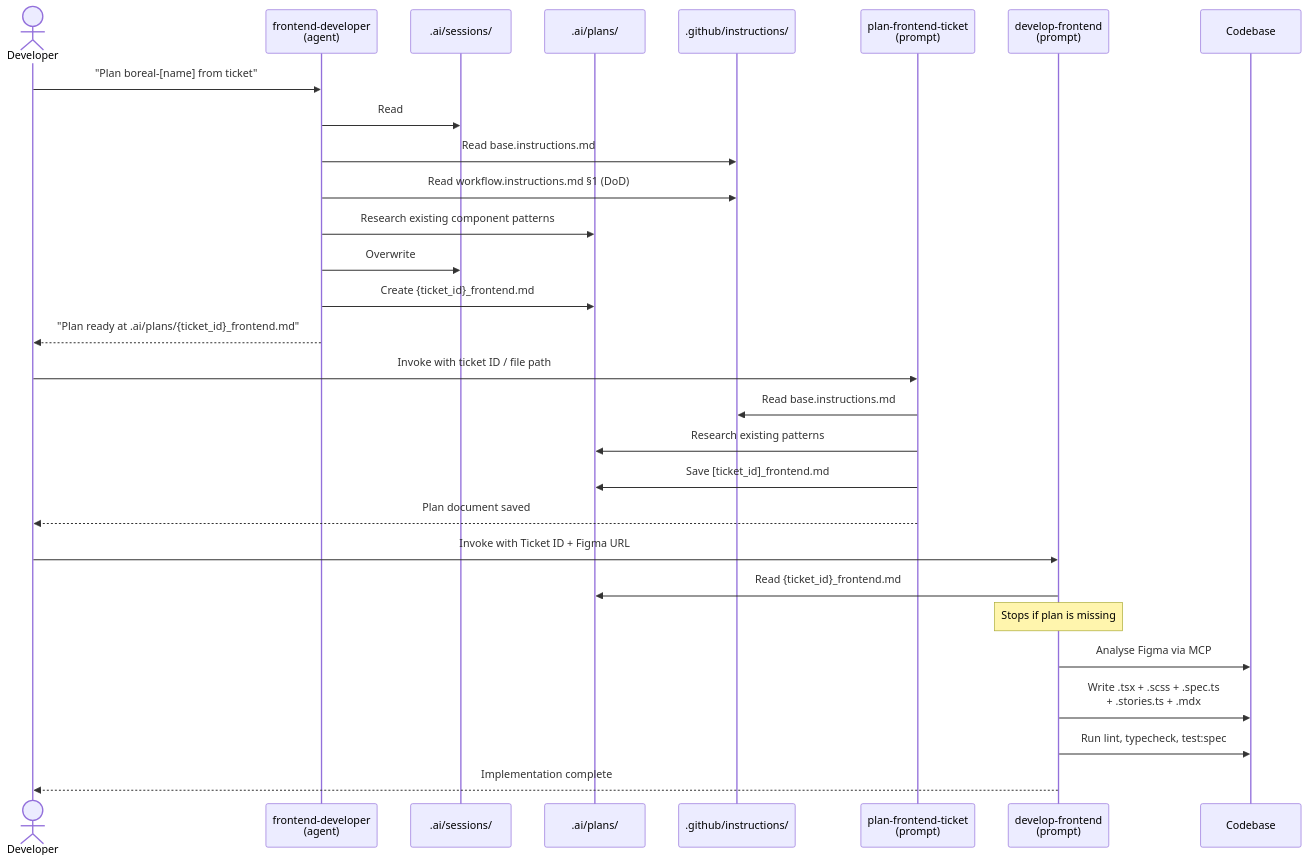
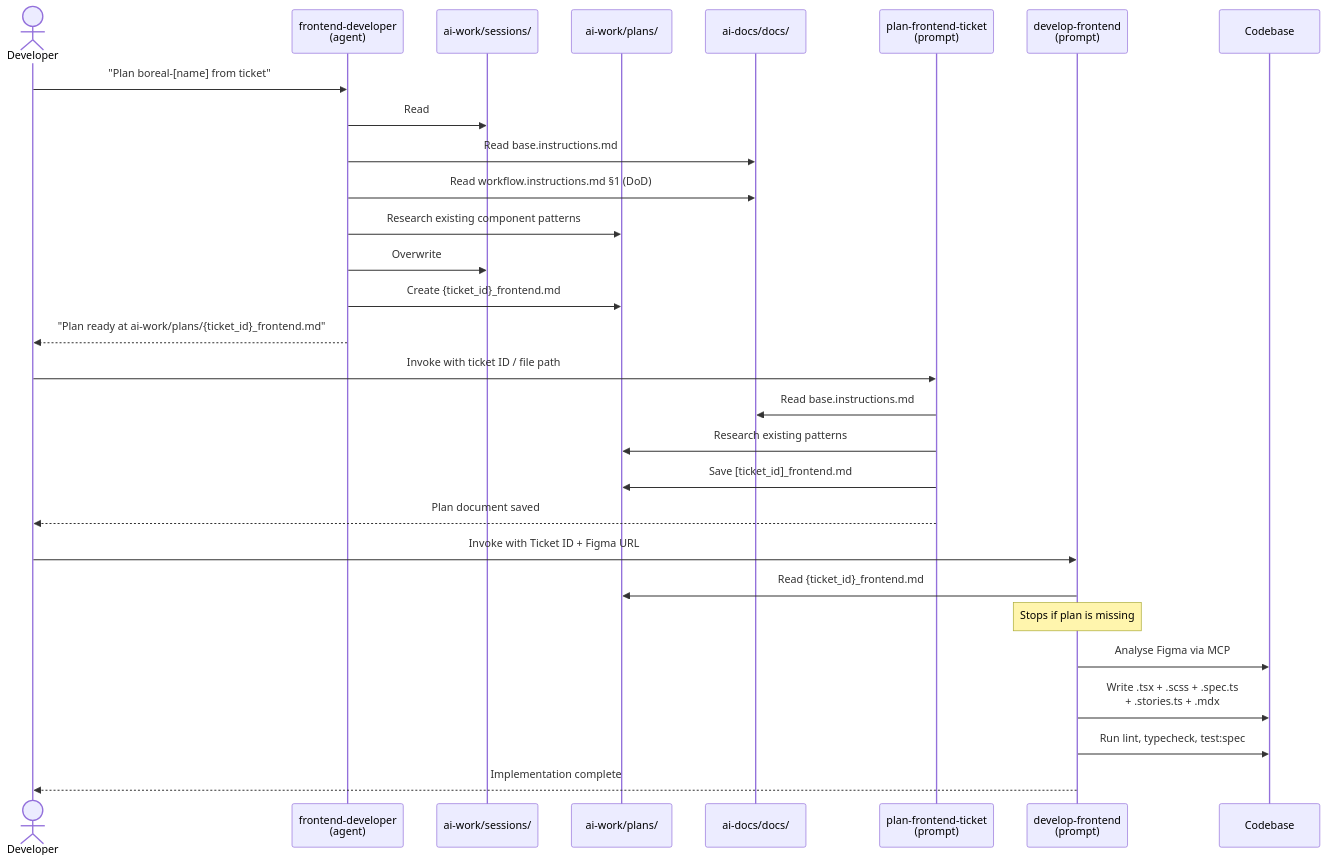
The second of 2 diagrams in ai-docs/docs/README.md (dgonzalezts/boreal-ds-ai), drawn with Mermaid before and after one commit. The commit also changed other lines of this file and 125 other files, not shown here.

````diff
--- a/ai-docs/docs/README.md
+++ b/ai-docs/docs/README.md
@@ -68,34 +68,34 @@
 ```mermaid
 sequenceDiagram
     actor Dev as Developer
     participant Agent as frontend-developer<br/>(agent)
-    participant Sessions as .ai/sessions/
-    participant Plans as .ai/plans/
-    participant Instructions as .github/instructions/
+    participant Sessions as ai-work/sessions/
+    participant Plans as ai-work/plans/
+    participant Instructions as ai-docs/docs/
     participant PlanPrompt as plan-frontend-ticket<br/>(prompt)
     participant DevPrompt as develop-frontend<br/>(prompt)
     participant Codebase as Codebase
 
     Dev->>Agent: "Plan boreal-[name] from ticket"
     Agent->>Sessions: Read ## Current State (or create file)
     Agent->>Instructions: Read base.instructions.md
     Agent->>Instructions: Read workflow.instructions.md §1 (DoD)
     Agent->>Plans: Research existing component patterns
     Agent->>Sessions: Overwrite ## Current State<br/>Append ## History entry
     Agent->>Plans: Create {ticket_id}_frontend.md
-    Agent-->>Dev: "Plan ready at .ai/plans/{ticket_id}_frontend.md"
+    Agent-->>Dev: "Plan ready at ai-work/plans/{ticket_id}_frontend.md"
 
     Dev->>PlanPrompt: Invoke with ticket ID / file path
     PlanPrompt->>Instructions: Read base.instructions.md
     PlanPrompt->>Plans: Research existing patterns
     PlanPrompt->>Plans: Save [ticket_id]_frontend.md
     PlanPrompt-->>Dev: Plan document saved
 
     Dev->>DevPrompt: Invoke with Ticket ID + Figma URL
     DevPrompt->>Plans: Read {ticket_id}_frontend.md
     Note over DevPrompt: Stops if plan is missing
     DevPrompt->>Codebase: Analyse Figma via MCP
     DevPrompt->>Codebase: Write .tsx + .scss + .spec.ts<br/>+ .stories.ts + .mdx
     DevPrompt->>Codebase: Run lint, typecheck, test:spec
     DevPrompt-->>Dev: Implementation complete
 ```
````
